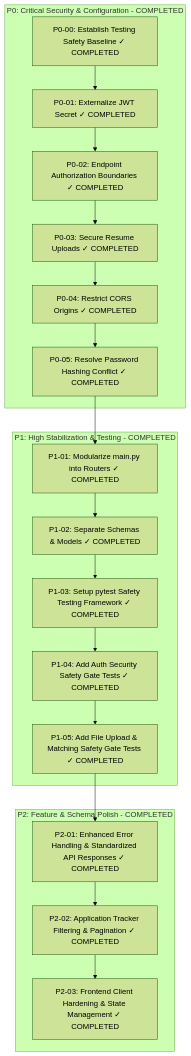
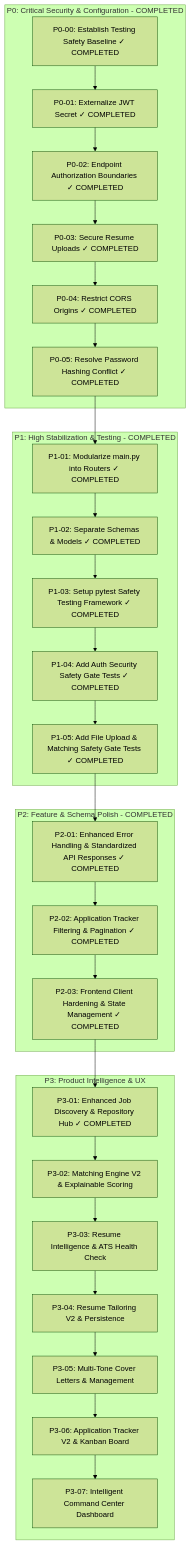
Before and after one commit to AlvinMutie/Job-seer: the diagram in docs/ROADMAP.md, drawn with Mermaid (forest theme). The commit also changed other lines of this file and 31 other files, not shown here.

Commit message:
feat: implement JobsHub page with secured backend job discovery, pagination, and SQL injection protections.

````diff
--- a/docs/ROADMAP.md
+++ b/docs/ROADMAP.md
@@ -9,27 +9,37 @@
 ```mermaid
 flowchart TD
     subgraph P0 [P0: Critical Security & Configuration - COMPLETED]
         P0-00[P0-00: Establish Testing Safety Baseline ✓ COMPLETED]
         P0-01[P0-01: Externalize JWT Secret ✓ COMPLETED]
         P0-02[P0-02: Endpoint Authorization Boundaries ✓ COMPLETED]
         P0-03[P0-03: Secure Resume Uploads ✓ COMPLETED]
         P0-04[P0-04: Restrict CORS Origins ✓ COMPLETED]
         P0-05[P0-05: Resolve Password Hashing Conflict ✓ COMPLETED]
     end
 
     subgraph P1 [P1: High Stabilization & Testing - COMPLETED]
         P1-01[P1-01: Modularize main.py into Routers ✓ COMPLETED]
         P1-02[P1-02: Separate Schemas & Models ✓ COMPLETED]
         P1-03[P1-03: Setup pytest Safety Testing Framework ✓ COMPLETED]
         P1-04[P1-04: Add Auth Security Safety Gate Tests ✓ COMPLETED]
         P1-05[P1-05: Add File Upload & Matching Safety Gate Tests ✓ COMPLETED]
     end
 
     subgraph P2 [P2: Feature & Schema Polish - COMPLETED]
         P2-01[P2-01: Enhanced Error Handling & Standardized API Responses ✓ COMPLETED]
         P2-02[P2-02: Application Tracker Filtering & Pagination ✓ COMPLETED]
         P2-03[P2-03: Frontend Client Hardening & State Management ✓ COMPLETED]
     end
 
-    P0-00 --> P0-01 --> P0-02 --> P0-03 --> P0-04 --> P0-05 --> P1-01 --> P1-02 --> P1-03 --> P1-04 --> P1-05 --> P2-01 --> P2-02 --> P2-03
+    subgraph P3 [P3: Product Intelligence & UX]
+        P3-01[P3-01: Enhanced Job Discovery & Repository Hub ✓ COMPLETED]
+        P3-02[P3-02: Matching Engine V2 & Explainable Scoring]
+        P3-03[P3-03: Resume Intelligence & ATS Health Check]
+        P3-04[P3-04: Resume Tailoring V2 & Persistence]
+        P3-05[P3-05: Multi-Tone Cover Letters & Management]
+        P3-06[P3-06: Application Tracker V2 & Kanban Board]
+        P3-07[P3-07: Intelligent Command Center Dashboard]
+    end
+
+    P0-00 --> P0-01 --> P0-02 --> P0-03 --> P0-04 --> P0-05 --> P1-01 --> P1-02 --> P1-03 --> P1-04 --> P1-05 --> P2-01 --> P2-02 --> P2-03 --> P3-01 --> P3-02 --> P3-03 --> P3-04 --> P3-05 --> P3-06 --> P3-07
 ```
````
